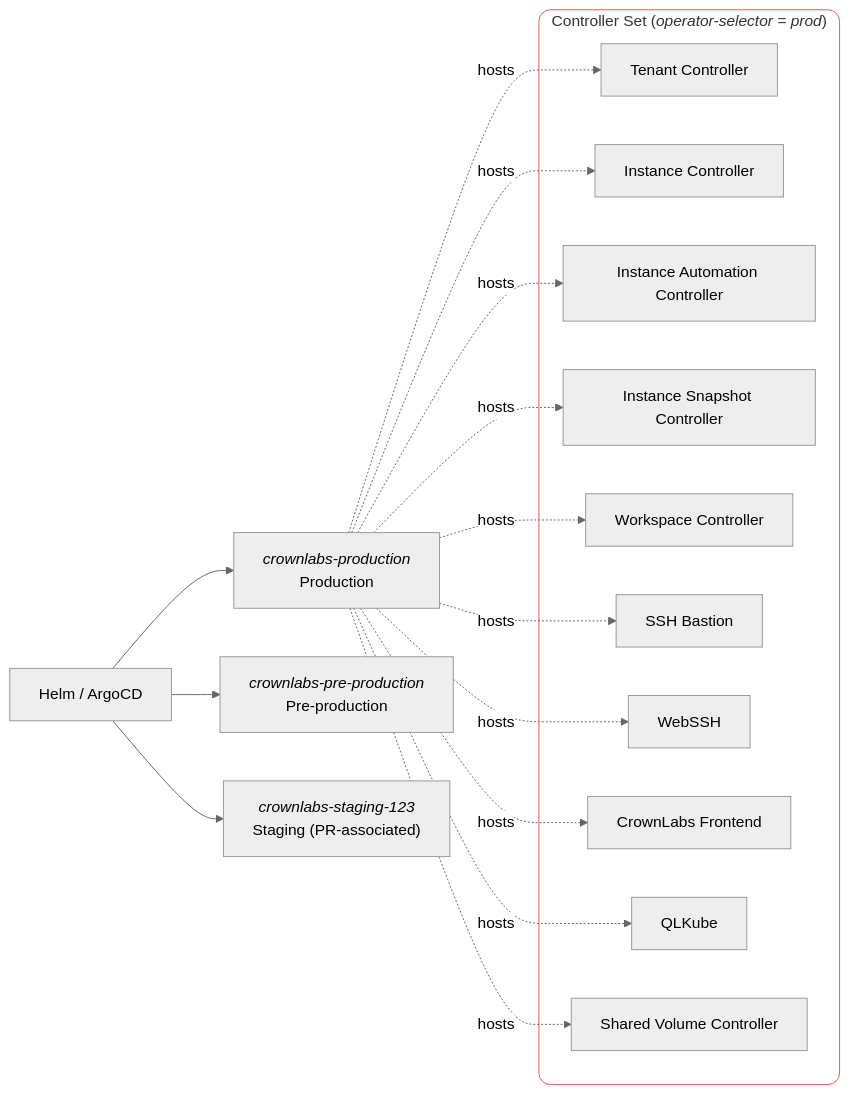
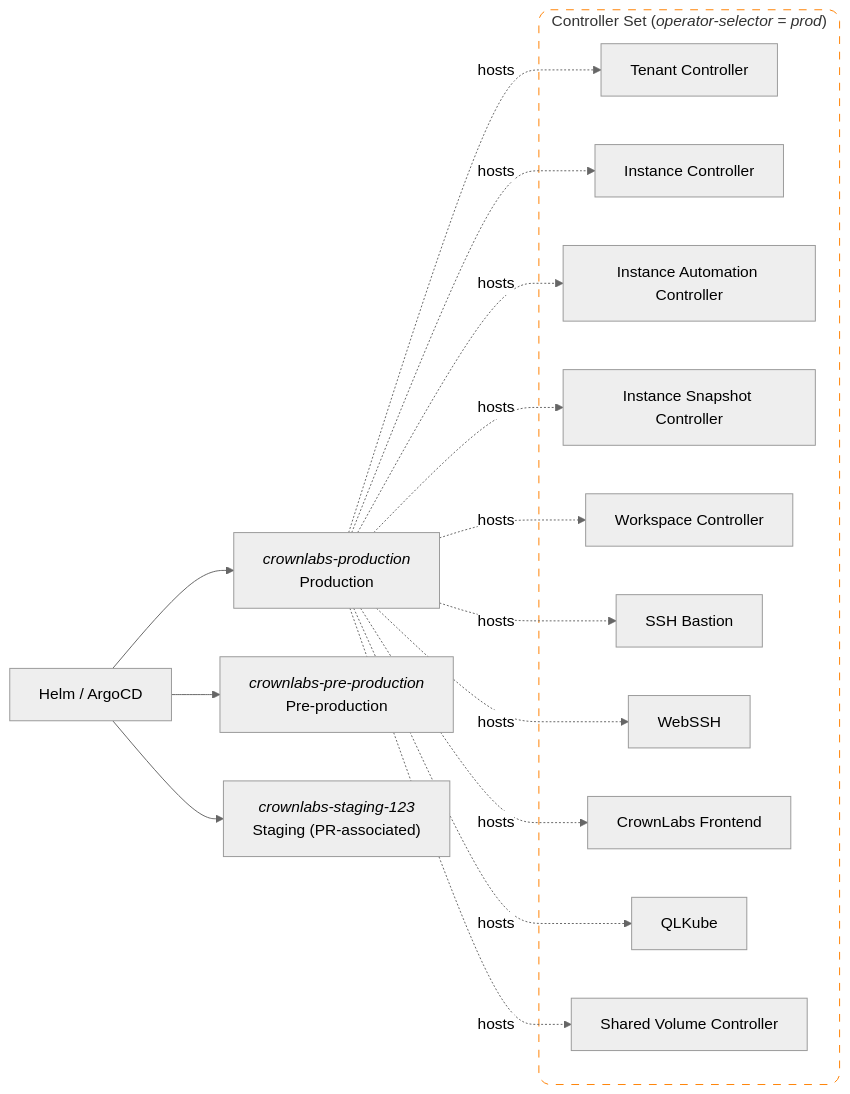
The third of 8 diagrams in BIGPICTURE.md (netgroup-polito/CrownLabs), drawn with Mermaid (neutral theme) before and after one commit. The commit also changed other lines of this file, not shown here.

Commit message:
refactored of mermaid stiles

````diff
--- a/BIGPICTURE.md
+++ b/BIGPICTURE.md
@@ -116,41 +123,41 @@
 ```mermaid
 flowchart LR
 
 ArgoHelm["Helm / ArgoCD"] 
 ProdDeploy["`_crownlabs-production_
     Production`"]
 PreProdDeploy["`_crownlabs-pre-production_
     Pre-production`"]
 StagingDeploy["`_crownlabs-staging-123_
     Staging (PR-associated)`"]
 subgraph Controllers["`Controller Set (_operator-selector = prod_)`"]
     TenantController["Tenant Controller"]
     InstanceController["Instance Controller"]
     InstanceAutomationController["Instance Automation Controller"]
     InstanceSnapshotController["Instance Snapshot Controller"]
     WorkspaceController["Workspace Controller"]
     BastionController["SSH Bastion"]
     WebSSHController["WebSSH"]
     FrontendController["CrownLabs Frontend"]
     QLKubeController["QLKube"]
     ShVolController["Shared Volume Controller"]
 end
 
 ArgoHelm --> ProdDeploy
 ArgoHelm --> PreProdDeploy
 ArgoHelm --> StagingDeploy
 ProdDeploy -. hosts .-> WorkspaceController
 ProdDeploy -. hosts .-> TenantController
 ProdDeploy -. hosts .-> InstanceController
 ProdDeploy -. hosts .-> InstanceAutomationController
 ProdDeploy -. hosts .-> InstanceSnapshotController
 ProdDeploy -. hosts .-> BastionController
 ProdDeploy -. hosts .-> WebSSHController
 ProdDeploy -. hosts .-> FrontendController
 ProdDeploy -. hosts .-> QLKubeController
 ProdDeploy -. hosts .-> ShVolController
 
-classDef ControllerBS stroke:#E45756,rx:12,ry:12,fill:none
+classDef ReleasesNSStyle stroke:#FF8000,rx:12,ry:12,fill:none,stroke-dasharray:8
 
-class Controllers ControllerBS
+class Controllers ReleasesNSStyle
 ```
````
